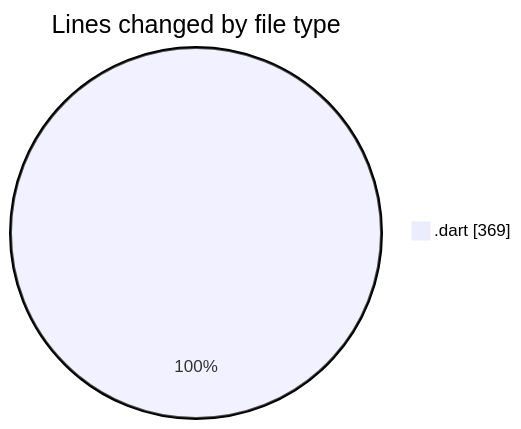
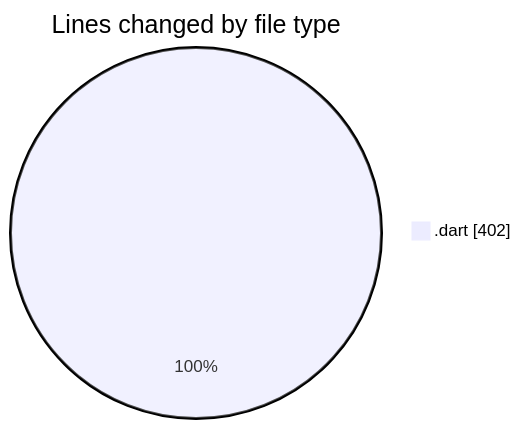
One commit to donsfak/code-tracking changed the first of 2 diagrams in 2025-03-25/wordle/README.md. Above: the diagram before and after it, drawn with Mermaid. The commit also changed other lines of this file and 1 other file, not shown here.

````diff
--- a/2025-03-25/wordle/README.md
+++ b/2025-03-25/wordle/README.md
@@ -26,5 +26,5 @@
 ```mermaid
 pie showData
 title Lines changed by file type
-".dart" : 369
+".dart" : 402
 ```
````
